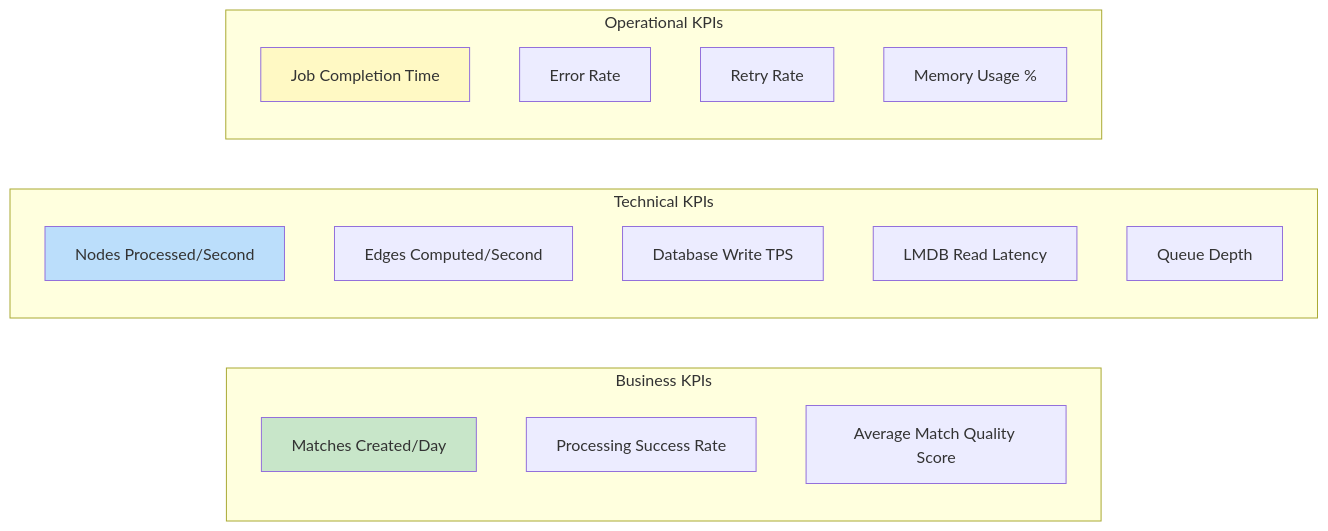
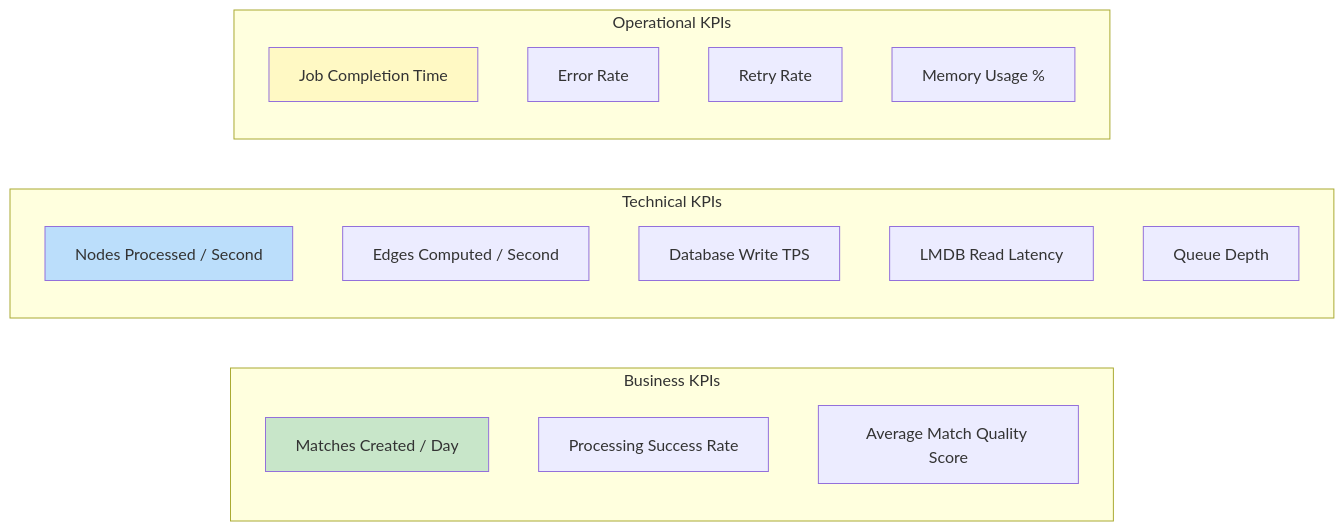
Diagram 33 of 33 in docs/Low Level Designs/ScheduledPotentialMatchesCreation.md (kagit00/schedule_x), drawn with Mermaid before and after one commit.

````diff
--- a/docs/Low Level Designs/ScheduledPotentialMatchesCreation.md
+++ b/docs/Low Level Designs/ScheduledPotentialMatchesCreation.md
@@ -1629,27 +1629,28 @@
 ```mermaid
 graph LR
     subgraph "Business KPIs"
-        K1[Matches Created/Day]
-        K2[Processing Success Rate]
-        K3[Average Match Quality Score]
+        K1["Matches Created / Day"]
+        K2["Processing Success Rate"]
+        K3["Average Match Quality Score"]
     end
-    
+
     subgraph "Technical KPIs"
-        K4[Nodes Processed/Second]
-        K5[Edges Computed/Second]
-        K6[Database Write TPS]
-        K7[LMDB Read Latency]
-        K8[Queue Depth]
+        K4["Nodes Processed / Second"]
+        K5["Edges Computed / Second"]
+        K6["Database Write TPS"]
+        K7["LMDB Read Latency"]
+        K8["Queue Depth"]
     end
-    
+
     subgraph "Operational KPIs"
-        K9[Job Completion Time]
-        K10[Error Rate]
-        K11[Retry Rate]
-        K12[Memory Usage %]
+        K9["Job Completion Time"]
+        K10["Error Rate"]
+        K11["Retry Rate"]
+        K12["Memory Usage %"]
     end
-    
+
     style K1 fill:#C8E6C9
     style K4 fill:#BBDEFB
     style K9 fill:#FFF9C4
+
 ```
````
